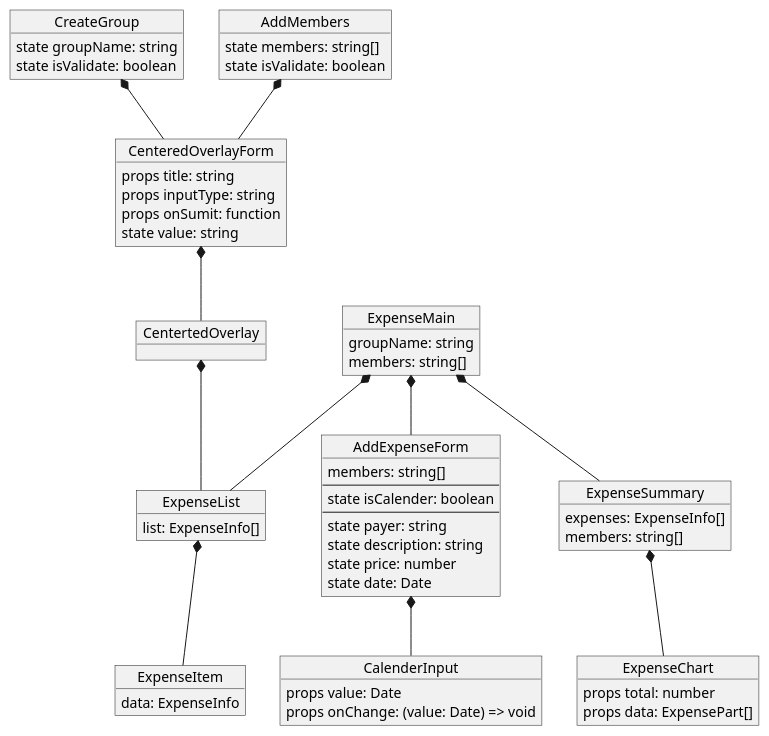
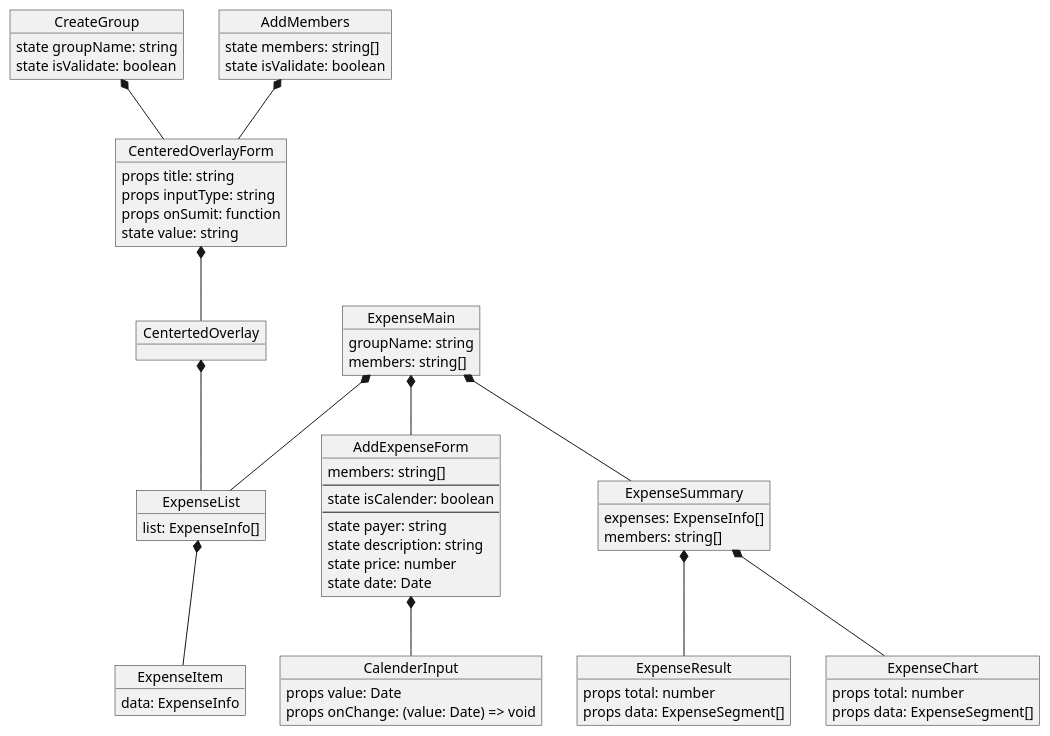
One commit to Sunset-Kim/dutchpay-app changed the diagram in docs/react_diagram.plantuml. Above: the diagram before and after it, drawn with PlantUML.

Commit message:
doc: 구현사항을 반영한 doc 업데이트

```diff
--- a/docs/react_diagram.plantuml
+++ b/docs/react_diagram.plantuml
@@ -1,76 +1,82 @@
 @startuml react component
 
 object CreateGroup {
   state groupName: string
   state isValidate: boolean
 }
 object AddMembers {
   state members: string[]
   state isValidate: boolean
 }
 object ExpenseMain {
   groupName: string
   members: string[]
 }
 
 object CenteredOverlayForm {
   props title: string
   props inputType: string
   props onSumit: function
 
   state value: string
 }
 
 object CentertedOverlay
 
 
 object AddExpenseForm {
   members: string[]
   ---
   state isCalender: boolean
   --- 
   state payer: string
   state description: string
   state price: number
   state date: Date
 }
 
 object ExpenseSummary {
   expenses: ExpenseInfo[]
   members: string[]
 }
 
+object ExpenseResult {
+  props total: number
+  props data: ExpenseSegment[]
+}
+
 object ExpenseChart {
   props total: number
-  props data: ExpensePart[]
+  props data: ExpenseSegment[]
 }
 
 
 object ExpenseList {
   list: ExpenseInfo[]
 }
 
 object ExpenseItem {
   data: ExpenseInfo
 }
 
 object CalenderInput {
   props value: Date
   props onChange: (value: Date) => void
 }
 
 CenteredOverlayForm *-- CentertedOverlay
 CreateGroup *-- CenteredOverlayForm
 AddMembers *-- CenteredOverlayForm
 
 ExpenseMain *-- AddExpenseForm
 AddExpenseForm *-- CalenderInput
 
 ExpenseMain *-- ExpenseSummary
 ExpenseSummary *-- ExpenseChart
+ExpenseSummary *-- ExpenseResult
 
 ExpenseMain *-- ExpenseList
 CentertedOverlay *-- ExpenseList
 ExpenseList *-- ExpenseItem
 
 @enduml
```
